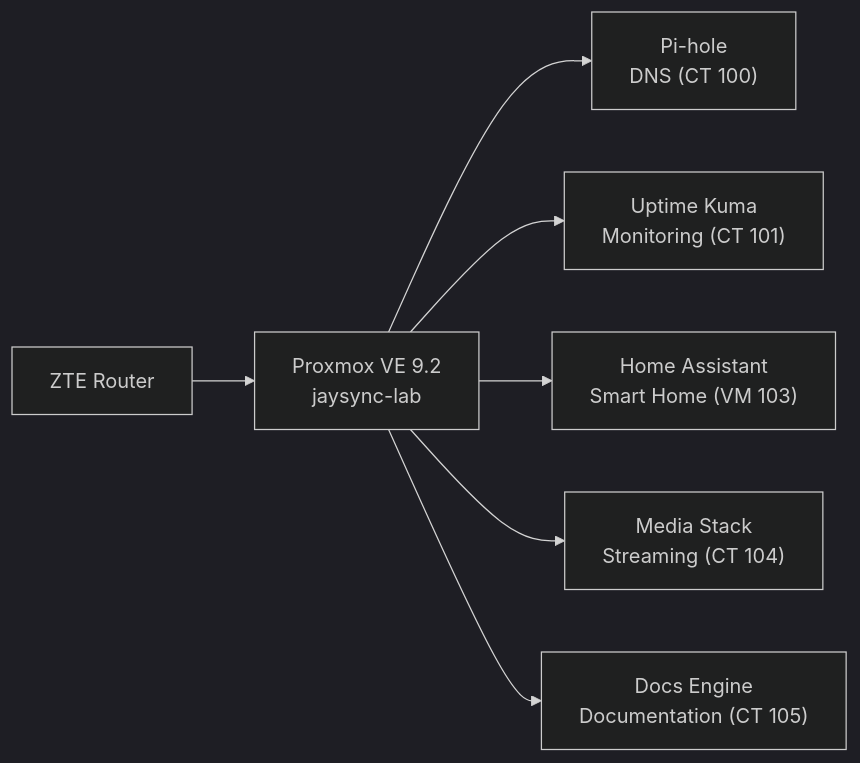
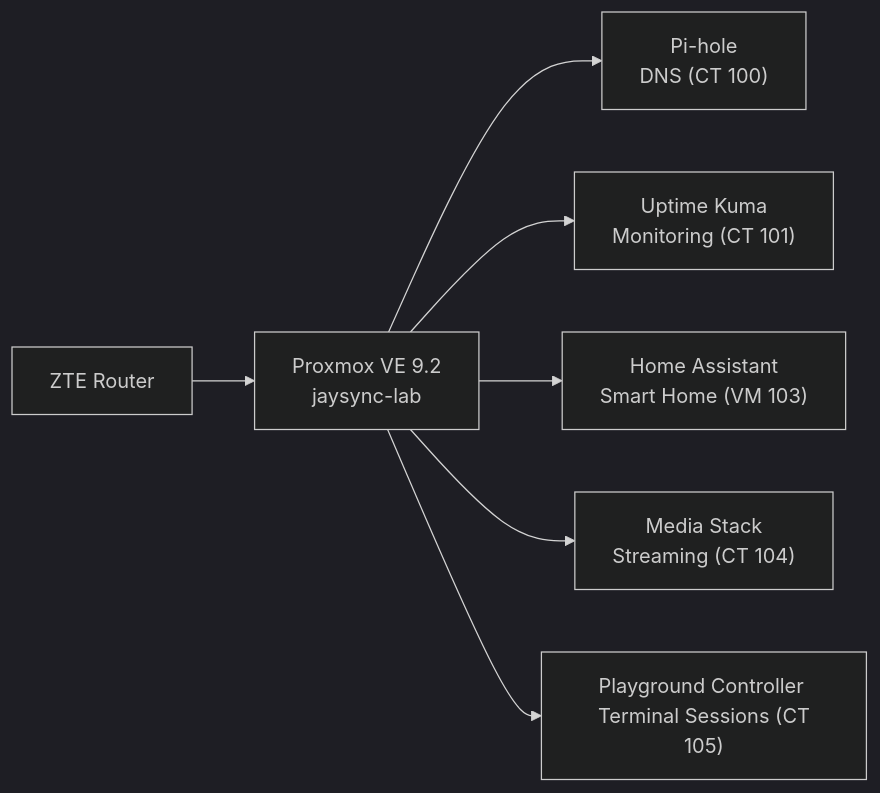
Before and after one commit to JaySync-Lab/JaySync-Lab: the diagram in README.md, drawn with Mermaid (dark theme). The commit also changed 3 other files, not shown here.

````diff
--- a/README.md
+++ b/README.md
@@ -8,9 +8,9 @@
 ```mermaid
 flowchart LR
     A[ZTE Router] --> B["Proxmox VE 9.2 <br> jaysync-lab"]
     B --> C["Pi-hole <br> DNS (CT 100)"]
     B --> D["Uptime Kuma <br> Monitoring (CT 101)"]
     B --> E["Home Assistant <br> Smart Home (VM 103)"]
     B --> F["Media Stack <br> Streaming (CT 104)"]
-    B --> G["Docs Engine <br> Documentation (CT 105)"]
+    B --> G["Playground Controller <br> Terminal Sessions (CT 105)"]
 ```
````
